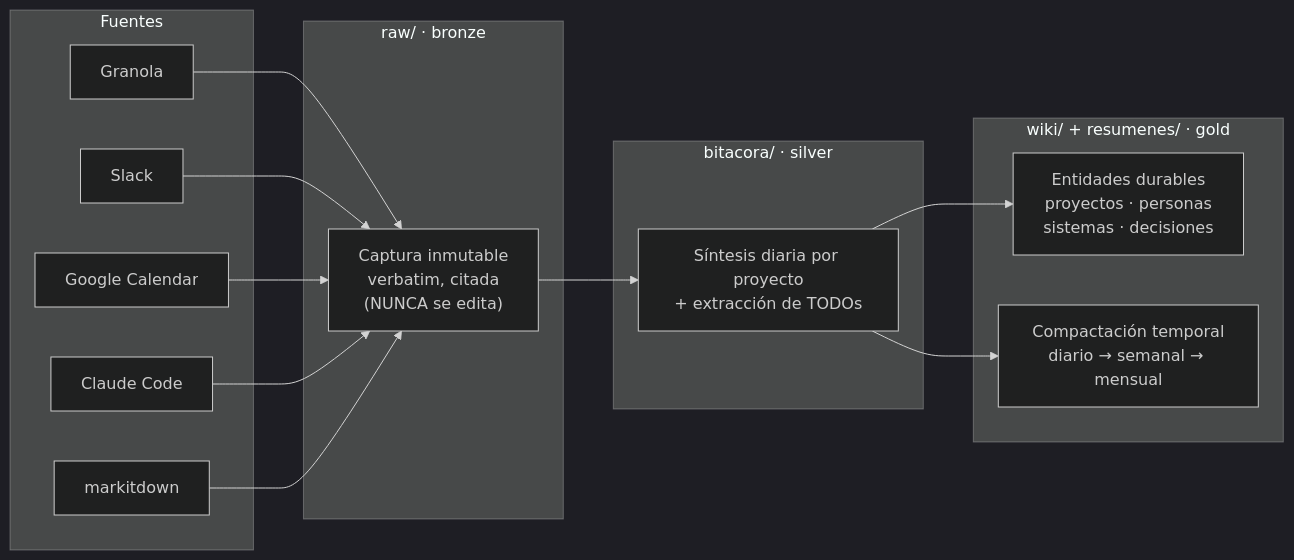
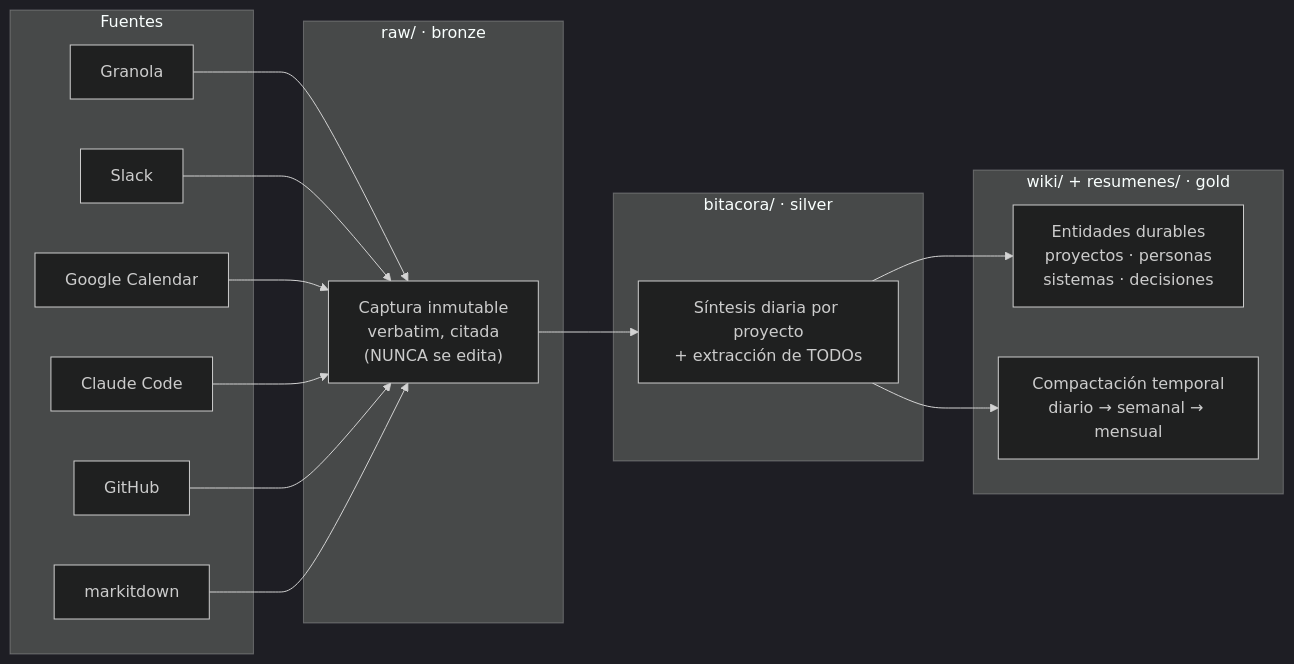
One commit to jorge-bruno/llm-wiki-template changed the diagram in CLAUDE.md. Above: the diagram before and after it, drawn with Mermaid (dark theme). The commit also changed other lines of this file and 39 other files, not shown here.

````diff
--- a/CLAUDE.md
+++ b/CLAUDE.md
@@ -26,32 +27,34 @@
 ```mermaid
 flowchart LR
     subgraph fuentes["Fuentes"]
         granola["Granola"]
         slack["Slack"]
         calendar["Google Calendar"]
         claude["Claude Code"]
+        github["GitHub"]
         markitdown["markitdown"]
     end
 
     subgraph bronze["raw/ · bronze"]
         raw["Captura inmutable<br/>verbatim, citada<br/>(NUNCA se edita)"]
     end
 
     subgraph silver["bitacora/ · silver"]
         bitacora["Síntesis diaria por proyecto<br/>+ extracción de TODOs"]
     end
 
     subgraph gold["wiki/ + resumenes/ · gold"]
         wiki["Entidades durables<br/>proyectos · personas<br/>sistemas · decisiones"]
         resumenes["Compactación temporal<br/>diario → semanal → mensual"]
     end
 
     granola --> raw
     slack --> raw
     calendar --> raw
     claude --> raw
+    github --> raw
     markitdown --> raw
     raw --> bitacora
     bitacora --> wiki
     bitacora --> resumenes
 ```
````
